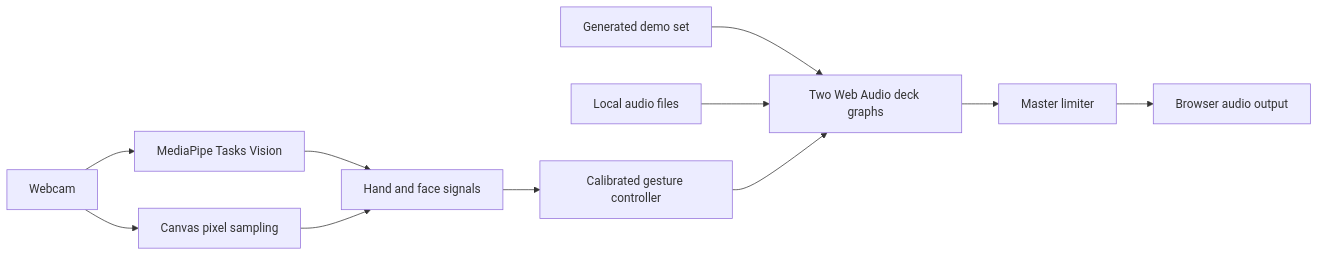
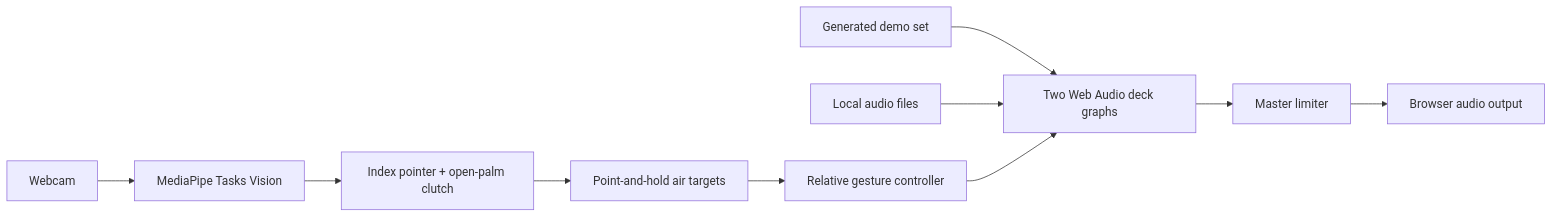
The diagram in README.md (kaantaskentt/conductor-vision), drawn with Mermaid before and after one commit. The commit also changed other lines of this file and 29 other files, not shown here.

Commit message:
feat: rebuild Ultra Vision as a camera-first instrument

````diff
--- a/README.md
+++ b/README.md
@@ -90,13 +88,12 @@
 ```mermaid
 flowchart LR
   Camera["Webcam"] --> Vision["MediaPipe Tasks Vision"]
-  Vision --> Signals["Hand and face signals"]
-  Camera --> Pixels["Canvas pixel sampling"]
-  Pixels --> Signals
+  Vision --> Pointer["Index pointer + open-palm clutch"]
   Demo["Generated demo set"] --> Decks["Two Web Audio deck graphs"]
   Files["Local audio files"] --> Decks
-  Signals --> Gestures["Calibrated gesture controller"]
+  Pointer --> Targets["Point-and-hold air targets"]
+  Targets --> Gestures["Relative gesture controller"]
   Gestures --> Decks
   Decks --> Limiter["Master limiter"]
   Limiter --> Output["Browser audio output"]
 ```
````
